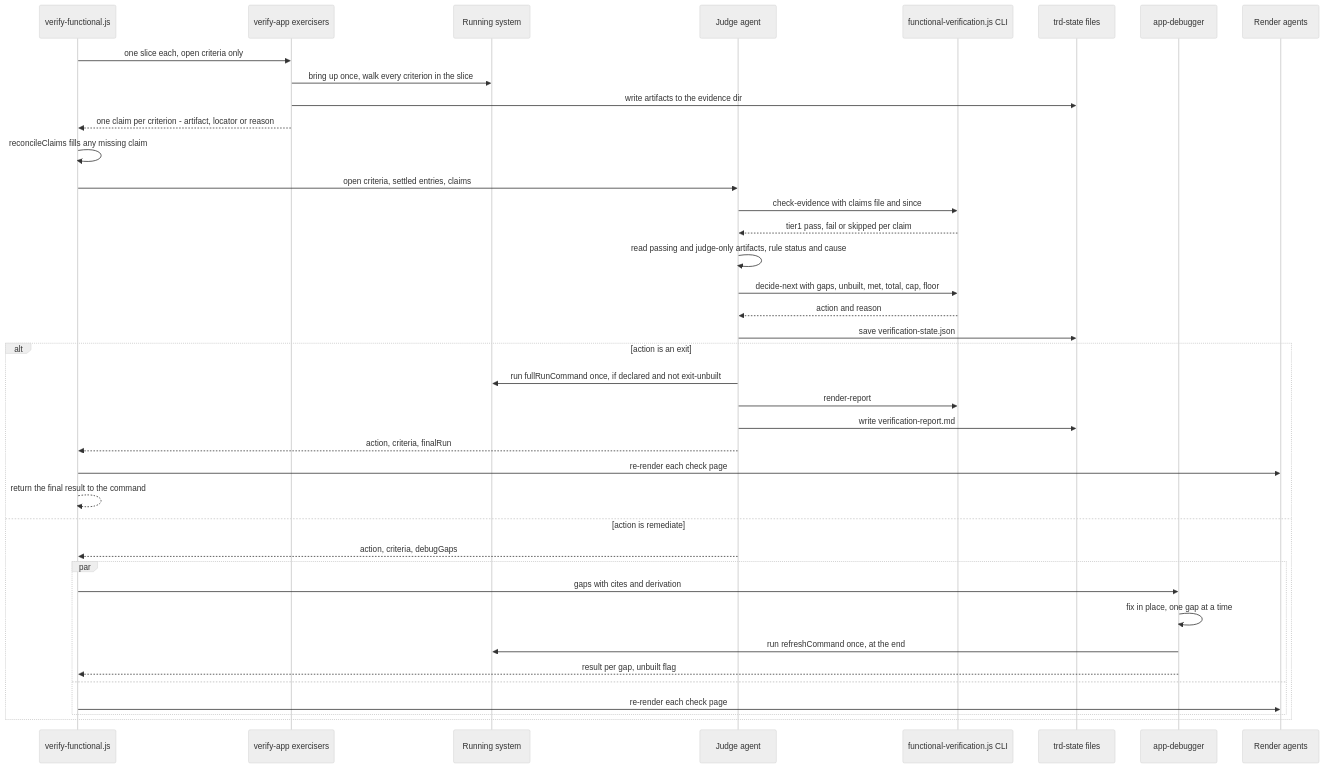
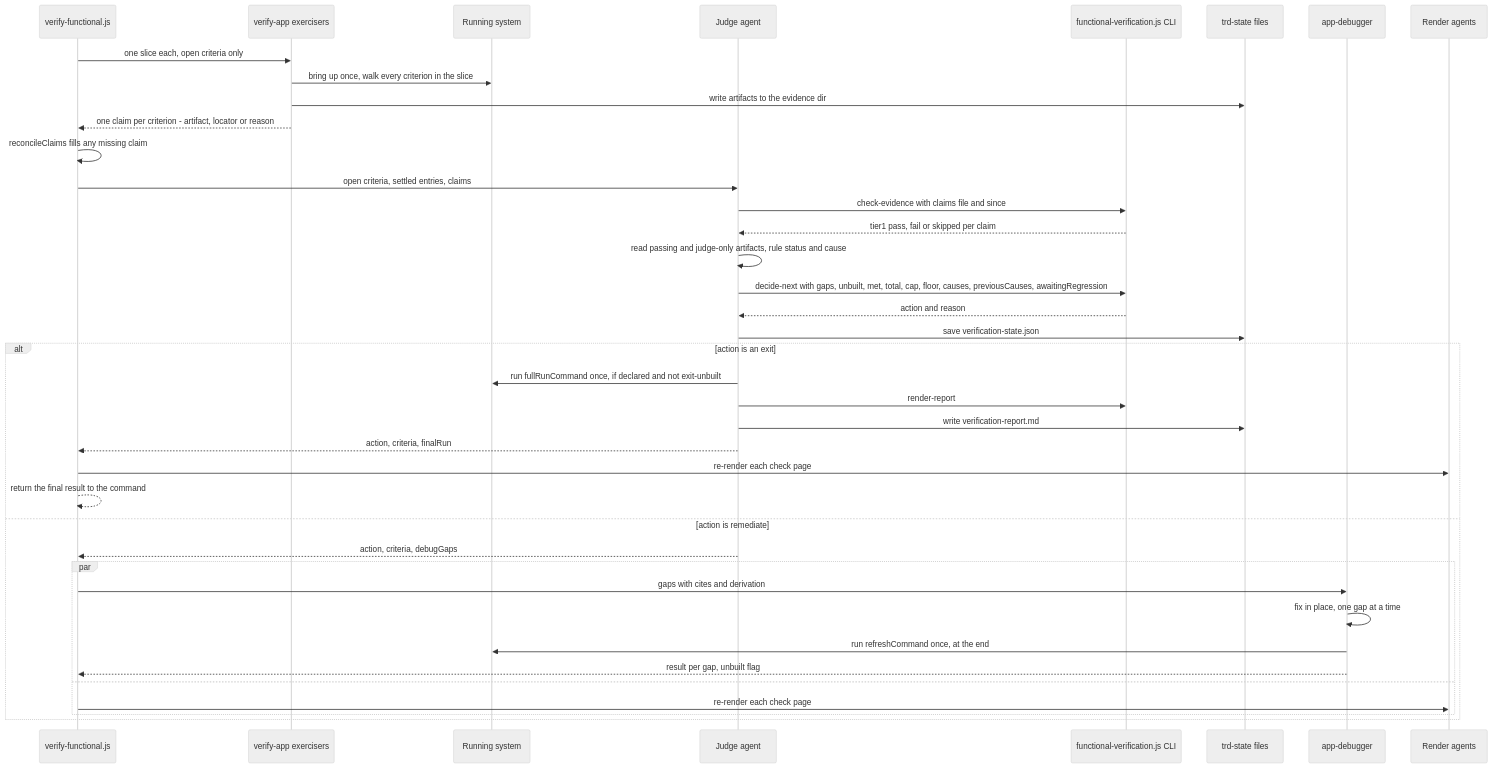
The second of 3 diagrams in docs/reference/verification.md (FortiumPartners/ensemble-vnext), drawn with Mermaid (neutral theme) before and after one commit. The commit also changed other lines of this file and 16 other files, not shown here.

````diff
--- a/docs/reference/verification.md
+++ b/docs/reference/verification.md
@@ -223,41 +223,41 @@
 ```mermaid
 sequenceDiagram
     participant WF as verify-functional.js
     participant EX as verify-app exercisers
     participant SYS as Running system
     participant J as Judge agent
     participant CLI as functional-verification.js CLI
     participant DISK as trd-state files
     participant D as app-debugger
     participant R as Render agents
     WF->>EX: one slice each, open criteria only
     EX->>SYS: bring up once, walk every criterion in the slice
     EX->>DISK: write artifacts to the evidence dir
     EX-->>WF: one claim per criterion - artifact, locator or reason
     WF->>WF: reconcileClaims fills any missing claim
     WF->>J: open criteria, settled entries, claims
     J->>CLI: check-evidence with claims file and since
     CLI-->>J: tier1 pass, fail or skipped per claim
     J->>J: read passing and judge-only artifacts, rule status and cause
-    J->>CLI: decide-next with gaps, unbuilt, met, total, cap, floor
+    J->>CLI: decide-next with gaps, unbuilt, met, total, cap, floor, causes, previousCauses, awaitingRegression
     CLI-->>J: action and reason
     J->>DISK: save verification-state.json
     alt action is an exit
         J->>SYS: run fullRunCommand once, if declared and not exit-unbuilt
         J->>CLI: render-report
         J->>DISK: write verification-report.md
         J-->>WF: action, criteria, finalRun
         WF->>R: re-render each check page
         WF-->>WF: return the final result to the command
     else action is remediate
         J-->>WF: action, criteria, debugGaps
         par
             WF->>D: gaps with cites and derivation
             D->>D: fix in place, one gap at a time
             D->>SYS: run refreshCommand once, at the end
             D-->>WF: result per gap, unbuilt flag
         and
             WF->>R: re-render each check page
         end
     end
 ```
````
